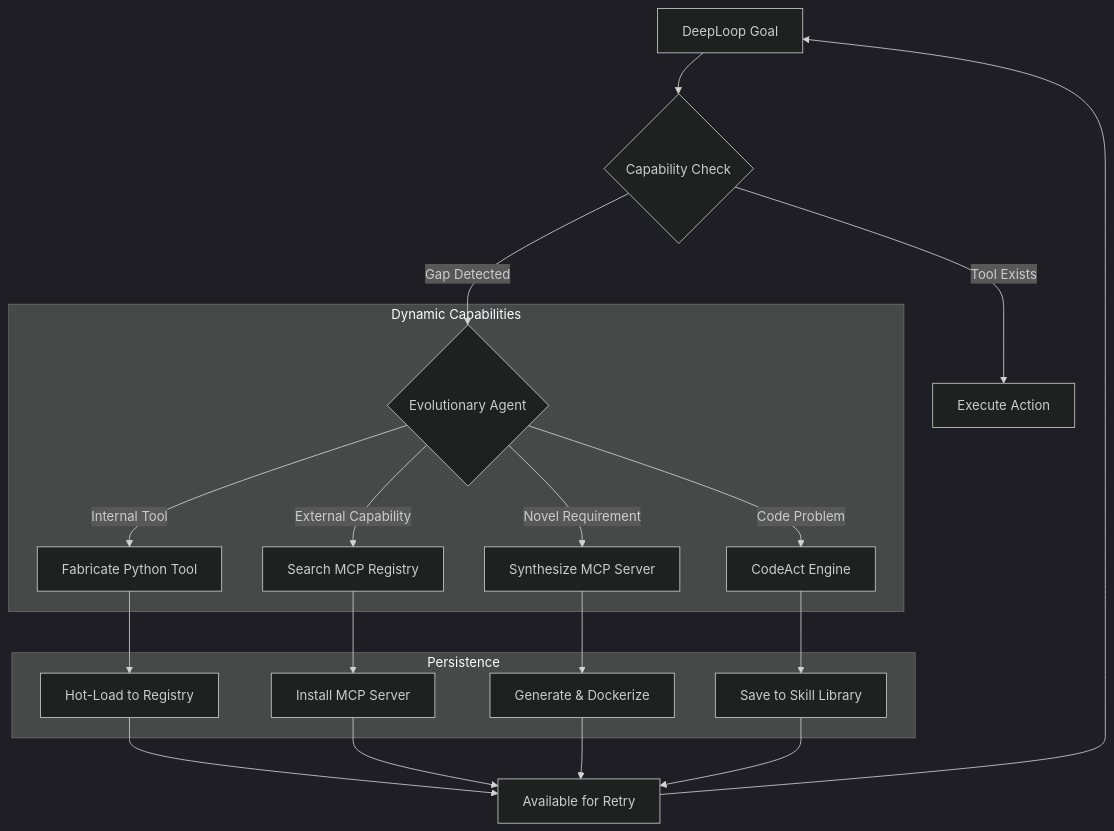
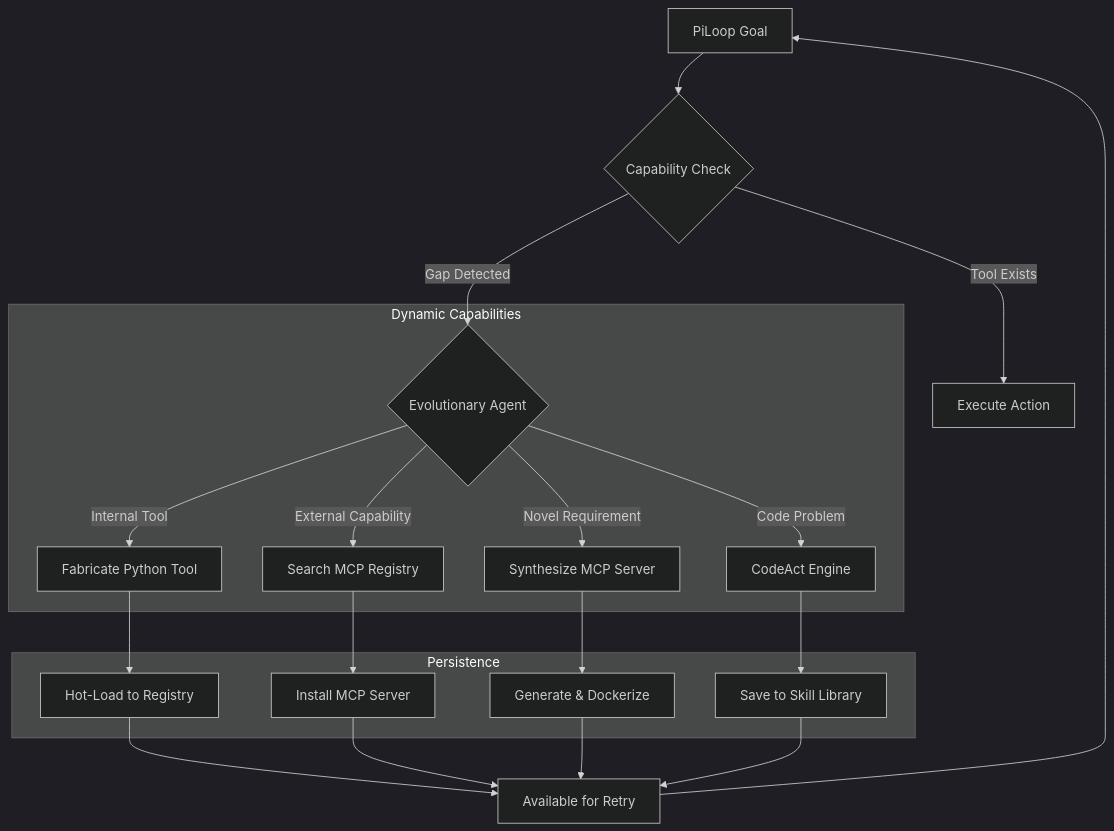
The diagram in docs/evolution.md (paulklemstine/L.O.V.E), drawn with Mermaid (dark theme) before and after one commit. The commit also changed 20 other files, not shown here.

Commit message:
feat: Introduce core Pi-Agent architecture including Evolutionary Agent for autonomous tool creation and refinement.

````diff
--- a/docs/evolution.md
+++ b/docs/evolution.md
@@ -7,23 +7,23 @@
 ```mermaid
 graph TD
-    A[DeepLoop Goal] --> B{Capability Check}
+    A[PiLoop Goal] --> B{Capability Check}
     B -->|Tool Exists| C[Execute Action]
     B -->|Gap Detected| D{Evolutionary Agent}
     
     subgraph "Dynamic Capabilities"
     D -->|Internal Tool| E[Fabricate Python Tool]
     D -->|External Capability| F[Search MCP Registry]
     D -->|Novel Requirement| G[Synthesize MCP Server]
     D -->|Code Problem| H[CodeAct Engine]
     end
     
     subgraph "Persistence"
     E --> I[Hot-Load to Registry]
     F --> J[Install MCP Server]
     G --> K[Generate & Dockerize]
     H --> L[Save to Skill Library]
     end
     
     I & J & K & L --> M[Available for Retry]
     M --> A
 ```
````
